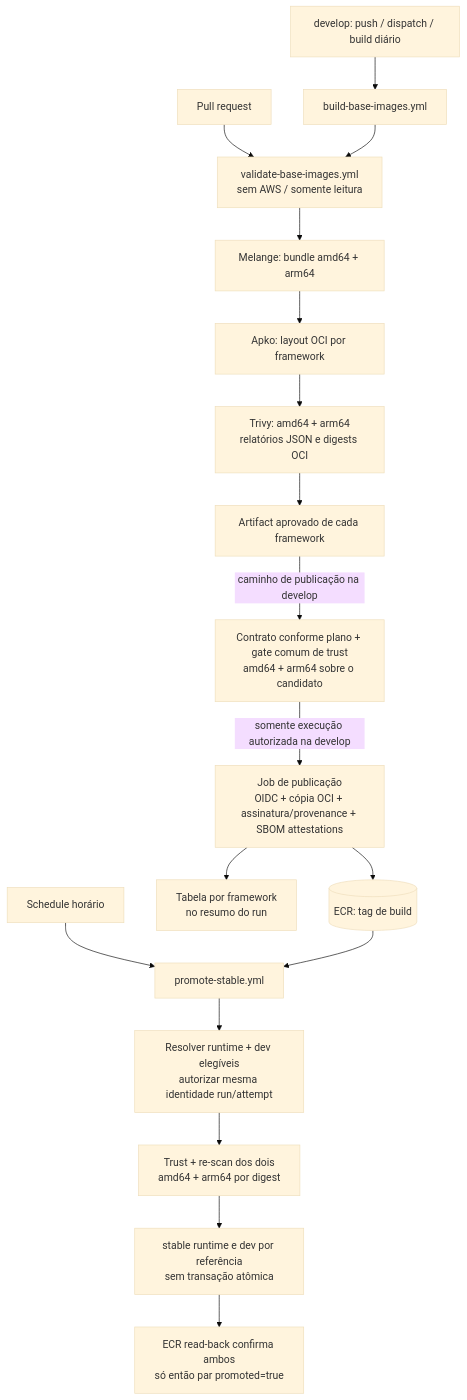
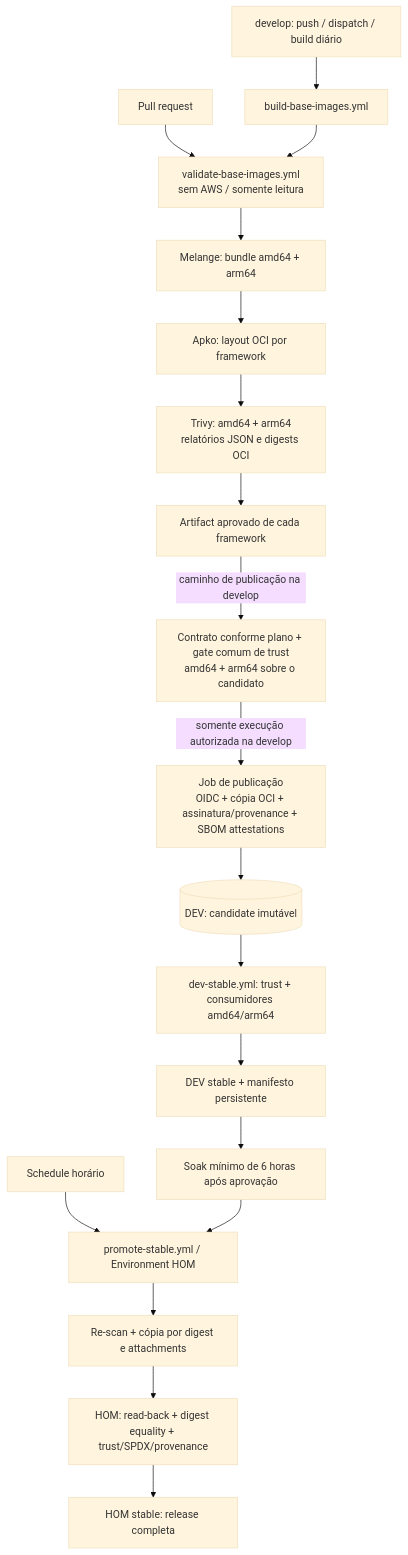
One commit to alric-corp/alric-containers-image-base changed the second of 2 diagrams in README.md. Above: the diagram before and after it, drawn with Mermaid (base theme). The commit also changed other lines of this file and 40 other files, not shown here.

Commit message:
feat: promote exact Factory releases from DEV to HOM

````diff
--- a/README.md
+++ b/README.md
@@ -294,20 +294,21 @@
 ```mermaid
 flowchart TD
     PR["Pull request"] --> V["validate-base-images.yml<br/>sem AWS / somente leitura"]
     DEV["develop: push / dispatch / build diário"] --> B["build-base-images.yml"]
     B --> V
     V --> M["Melange: bundle amd64 + arm64"]
     M --> A["Apko: layout OCI por framework"]
     A --> S["Trivy: amd64 + arm64<br/>relatórios JSON e digests OCI"]
     S --> G["Artifact aprovado de cada framework"]
     G -->|"caminho de publicação na develop"| F["Contrato conforme plano + gate comum de trust<br/>amd64 + arm64 sobre o candidato"]
     F -->|"somente execução autorizada na develop"| PUB["Job de publicação<br/>OIDC + cópia OCI + assinatura/provenance + SBOM attestations"]
-    PUB --> ECR[("ECR: tag de build")]
-    PUB --> T["Tabela por framework<br/>no resumo do run"]
-    H["Schedule horário"] --> P["promote-stable.yml"]
-    ECR --> P
-    P --> PAIR["Resolver runtime + dev elegíveis<br/>autorizar mesma identidade run/attempt"]
-    PAIR --> SOAK["Trust + re-scan dos dois<br/>amd64 + arm64 por digest"]
-    SOAK --> WRITE["stable runtime e dev por referência<br/>sem transação atômica"]
-    WRITE --> STABLE["ECR read-back confirma ambos<br/>só então par promoted=true"]
+    PUB --> ECR[("DEV: candidate imutável")]
+    ECR --> APPROVE["dev-stable.yml: trust + consumidores amd64/arm64"]
+    APPROVE --> DEVSTABLE["DEV stable + manifesto persistente"]
+    DEVSTABLE --> SOAK["Soak mínimo de 6 horas após aprovação"]
+    H["Schedule horário"] --> P["promote-stable.yml / Environment HOM"]
+    SOAK --> P
+    P --> COPY["Re-scan + cópia por digest e attachments"]
+    COPY --> VERIFY["HOM: read-back + digest equality + trust/SPDX/provenance"]
+    VERIFY --> STABLE["HOM stable: release completa"]
 ```
````
